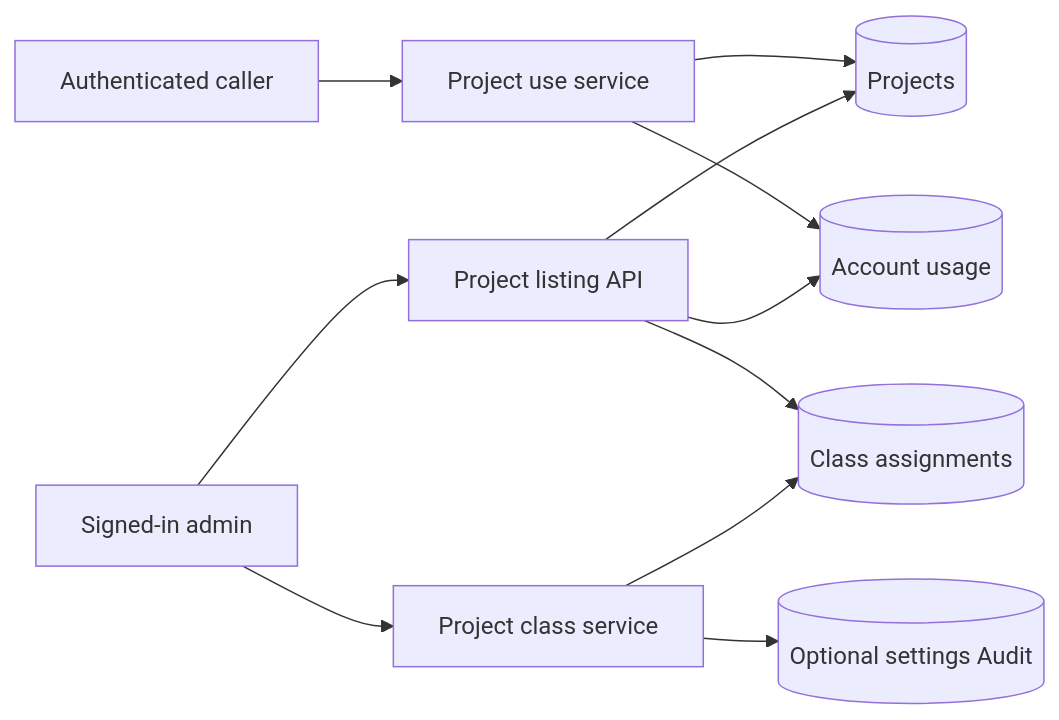
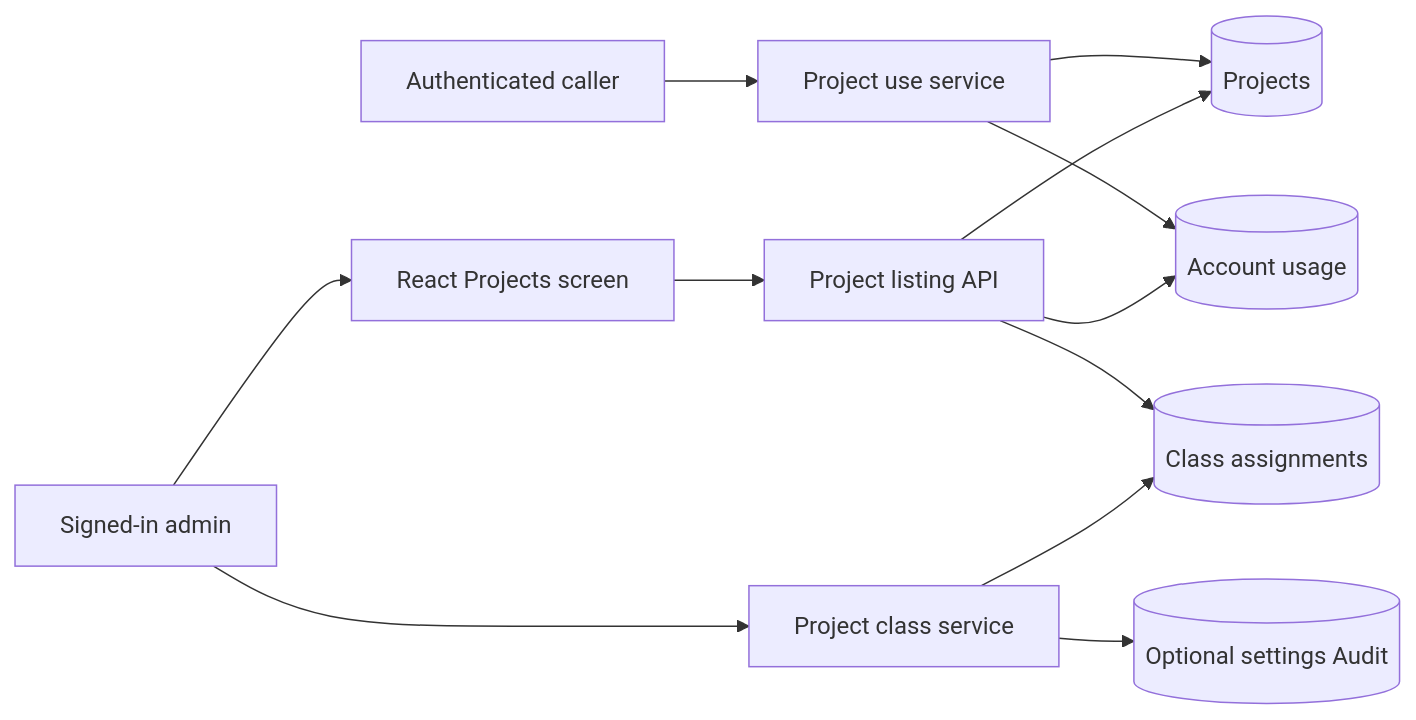
One commit to OsamaFelFel/keeplane changed the diagram in docs/architecture/projects.md. Above: the diagram before and after it, drawn with Mermaid. The commit also changed other lines of this file and 10 other files, not shown here.

Commit message:
feat: show project use in the admin interface

````diff
--- a/docs/architecture/projects.md
+++ b/docs/architecture/projects.md
@@ -7,13 +7,14 @@
 ```mermaid
 flowchart LR
   Caller[Authenticated caller] --> Store[Project use service]
   Store --> Projects[(Projects)]
   Store --> Usage[(Account usage)]
-  Admin[Signed-in admin] --> Listing[Project listing API]
+  Admin[Signed-in admin] --> Screen[React Projects screen]
+  Screen --> Listing[Project listing API]
   Listing --> Projects
   Listing --> Usage
   Listing --> Classes[(Class assignments)]
   Admin --> Assignment[Project class service]
   Assignment --> Classes
   Assignment --> Audit[(Optional settings Audit)]
 ```
````
